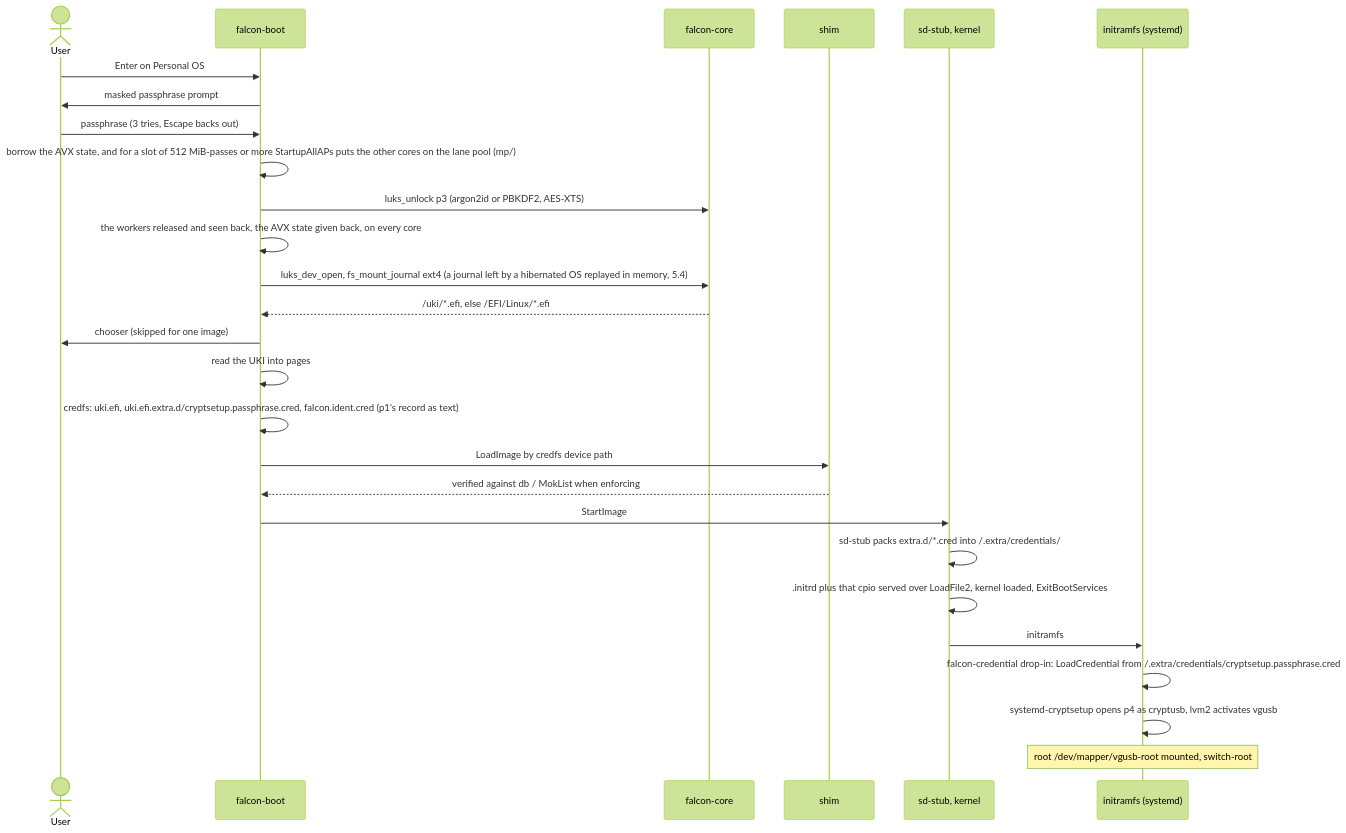
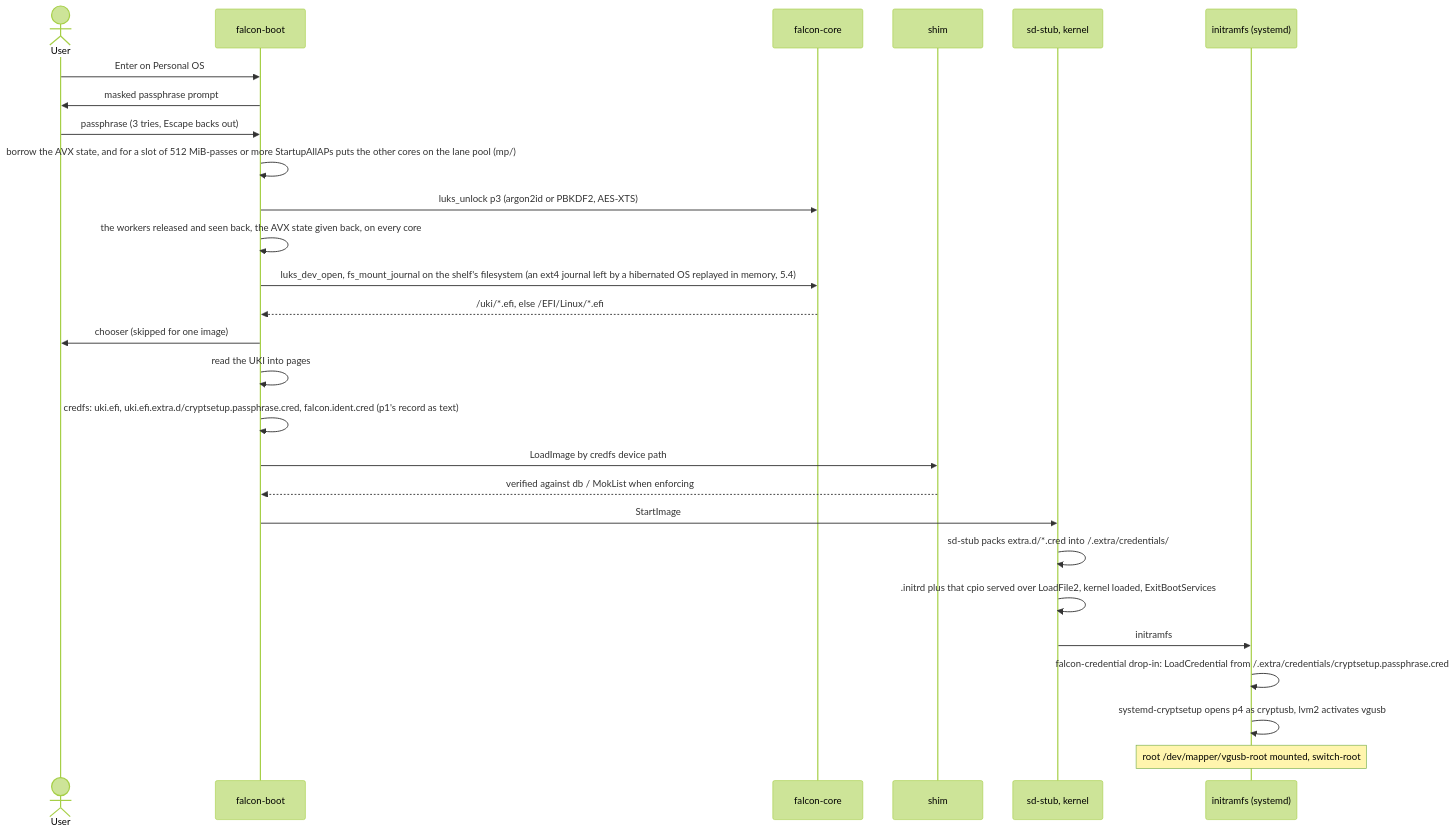
The third of 24 diagrams in docs/DESIGN.md (vifair22/falcon-boot), drawn with Mermaid (forest theme) before and after one commit. The commit also changed other lines of this file and 3 other files, not shown here.

````diff
--- a/docs/DESIGN.md
+++ b/docs/DESIGN.md
@@ -2816,29 +2833,29 @@
 ```mermaid
 sequenceDiagram
     actor U as User
     participant L as falcon-boot
     participant FC as falcon-core
     participant S as shim
     participant K as sd-stub, kernel
     participant I as initramfs (systemd)
     U->>L: Enter on Personal OS
     L->>U: masked passphrase prompt
     U->>L: passphrase (3 tries, Escape backs out)
     L->>L: borrow the AVX state, and for a slot of 512 MiB-passes or more StartupAllAPs puts the other cores on the lane pool (mp/)
     L->>FC: luks_unlock p3 (argon2id or PBKDF2, AES-XTS)
     L->>L: the workers released and seen back, the AVX state given back, on every core
-    L->>FC: luks_dev_open, fs_mount_journal ext4 (a journal left by a hibernated OS replayed in memory, 5.4)
+    L->>FC: luks_dev_open, fs_mount_journal on the shelf's filesystem (an ext4 journal left by a hibernated OS replayed in memory, 5.4)
     FC-->>L: /uki/*.efi, else /EFI/Linux/*.efi
     L->>U: chooser (skipped for one image)
     L->>L: read the UKI into pages
     L->>L: credfs: uki.efi, uki.efi.extra.d/cryptsetup.passphrase.cred, falcon.ident.cred (p1's record as text)
     L->>S: LoadImage by credfs device path
     S-->>L: verified against db / MokList when enforcing
     L->>K: StartImage
     K->>K: sd-stub packs extra.d/*.cred into /.extra/credentials/
     K->>K: .initrd plus that cpio served over LoadFile2, kernel loaded, ExitBootServices
     K->>I: initramfs
     I->>I: falcon-credential drop-in: LoadCredential from /.extra/credentials/cryptsetup.passphrase.cred
     I->>I: systemd-cryptsetup opens p4 as cryptusb, lvm2 activates vgusb
     Note over I: root /dev/mapper/vgusb-root mounted, switch-root
 ```
````
